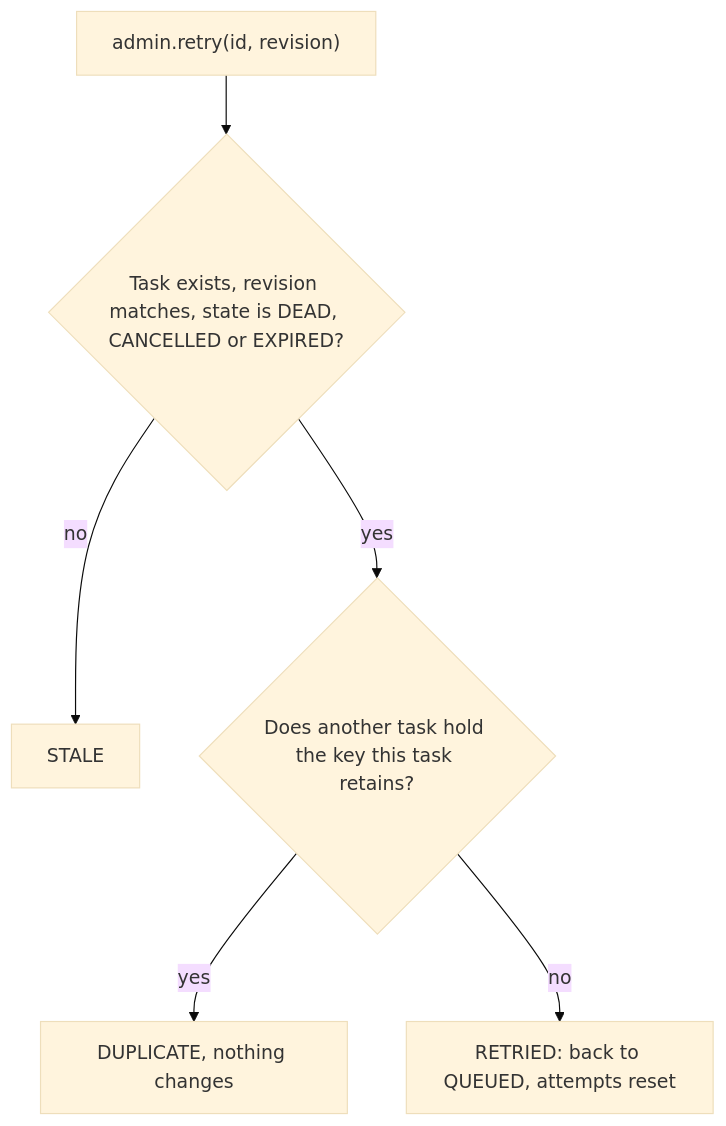
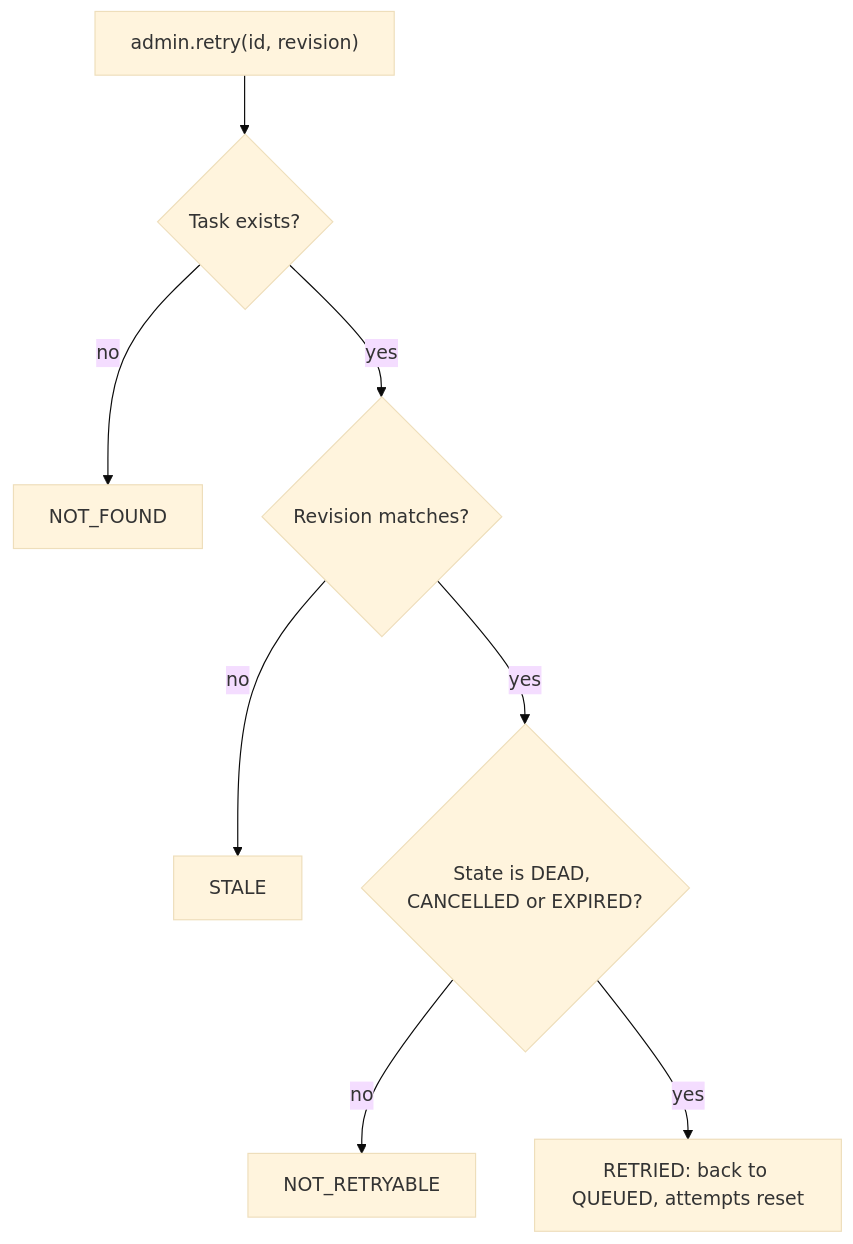
Before and after one commit to BonfireTrunk/bth4j: the first of 4 diagrams in docs/admin.md, drawn with Mermaid (base theme). The commit also changed other lines of this file and 3 other files, not shown here.

````diff
--- a/docs/admin.md
+++ b/docs/admin.md
@@ -58,8 +68,10 @@
 ```mermaid
 flowchart TD
-    A["admin.retry(id, revision)"] --> B{"Task exists, revision matches, state is DEAD, CANCELLED or EXPIRED?"}
-    B -->|"no"| C["STALE"]
-    B -->|"yes"| D{"Does another task hold the key this task retains?"}
-    D -->|"yes"| E["DUPLICATE, nothing changes"]
-    D -->|"no"| F["RETRIED: back to QUEUED, attempts reset"]
+    A["admin.retry(id, revision)"] --> B{"Task exists?"}
+    B -->|"no"| C["NOT_FOUND"]
+    B -->|"yes"| D{"Revision matches?"}
+    D -->|"no"| E["STALE"]
+    D -->|"yes"| F{"State is DEAD, CANCELLED or EXPIRED?"}
+    F -->|"no"| G["NOT_RETRYABLE"]
+    F -->|"yes"| H["RETRIED: back to QUEUED, attempts reset"]
 ```
````
